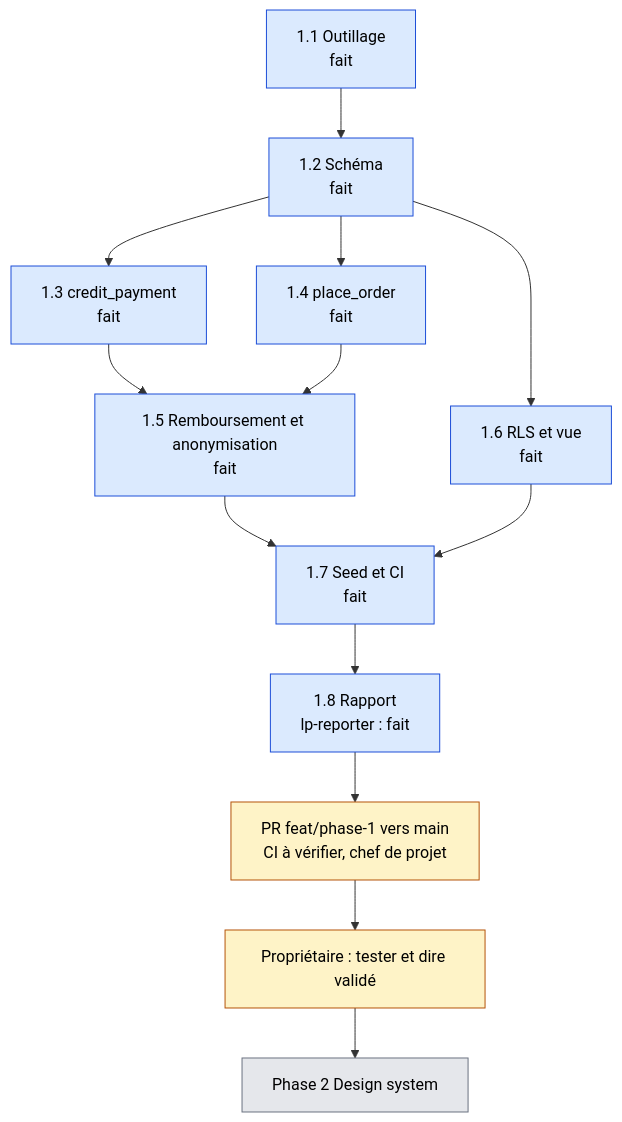
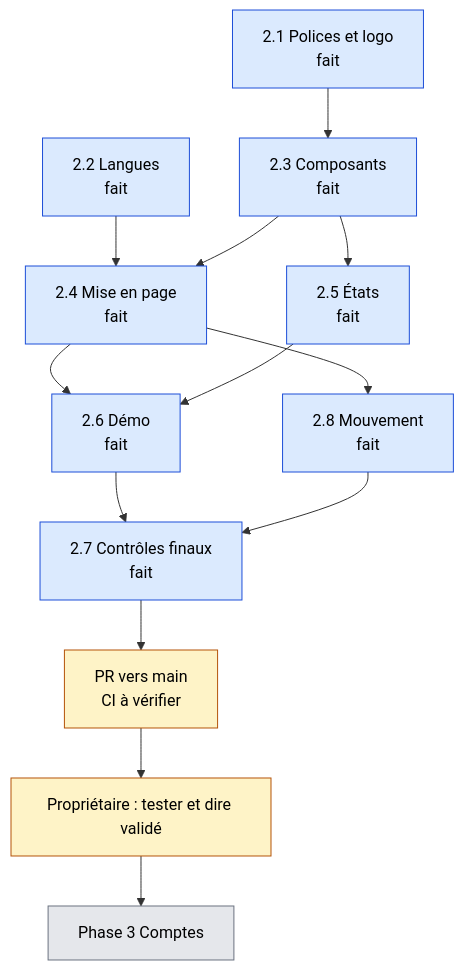
Before and after one commit to lyon32/lyonpanel: the fourth of 5 diagrams in docs/reports/TABLEAU-DE-BORD.md, drawn with Mermaid. The commit also changed other lines of this file and 207 other files, not shown here.

First line of the commit message:
feat: Phase 2 — design system et mise en page (#6)

````diff
--- a/docs/reports/TABLEAU-DE-BORD.md
+++ b/docs/reports/TABLEAU-DE-BORD.md
@@ -93,21 +91,21 @@
 ```mermaid
 flowchart TD
-  T11["1.1 Outillage<br/>fait"] --> T12["1.2 Schéma<br/>fait"]
-  T12 --> T13["1.3 credit_payment<br/>fait"]
-  T12 --> T14["1.4 place_order<br/>fait"]
-  T12 --> T16["1.6 RLS et vue<br/>fait"]
-  T13 --> T15["1.5 Remboursement et anonymisation<br/>fait"]
-  T14 --> T15
-  T15 --> T17["1.7 Seed et CI<br/>fait"]
-  T16 --> T17
-  T17 --> T18["1.8 Rapport<br/>lp-reporter : fait"]
-  T18 --> PR["PR feat/phase-1 vers main<br/>CI à vérifier, chef de projet"]
+  T21["2.1 Polices et logo<br/>fait"] --> T23["2.3 Composants<br/>fait"]
+  T22["2.2 Langues<br/>fait"] --> T24["2.4 Mise en page<br/>fait"]
+  T23 --> T24
+  T23 --> T25["2.5 États<br/>fait"]
+  T24 --> T26["2.6 Démo<br/>fait"]
+  T25 --> T26
+  T24 --> T28["2.8 Mouvement<br/>fait"]
+  T26 --> T27["2.7 Contrôles finaux<br/>fait"]
+  T28 --> T27
+  T27 --> PR["PR vers main<br/>CI à vérifier"]
   PR --> OWN["Propriétaire : tester et dire validé"]
-  OWN --> NEXT["Phase 2 Design system"]
+  OWN --> NEXT["Phase 3 Comptes"]
   classDef fait fill:#DBEAFE,stroke:#1D4ED8,color:#000
   classDef attente fill:#FEF3C7,stroke:#B45309,color:#000
   classDef afaire fill:#E5E7EB,stroke:#6B7280,color:#000
-  class T11,T12,T13,T14,T15,T16,T17,T18 fait
+  class T21,T22,T23,T24,T25,T26,T27,T28 fait
   class PR,OWN attente
   class NEXT afaire
 ```
````
